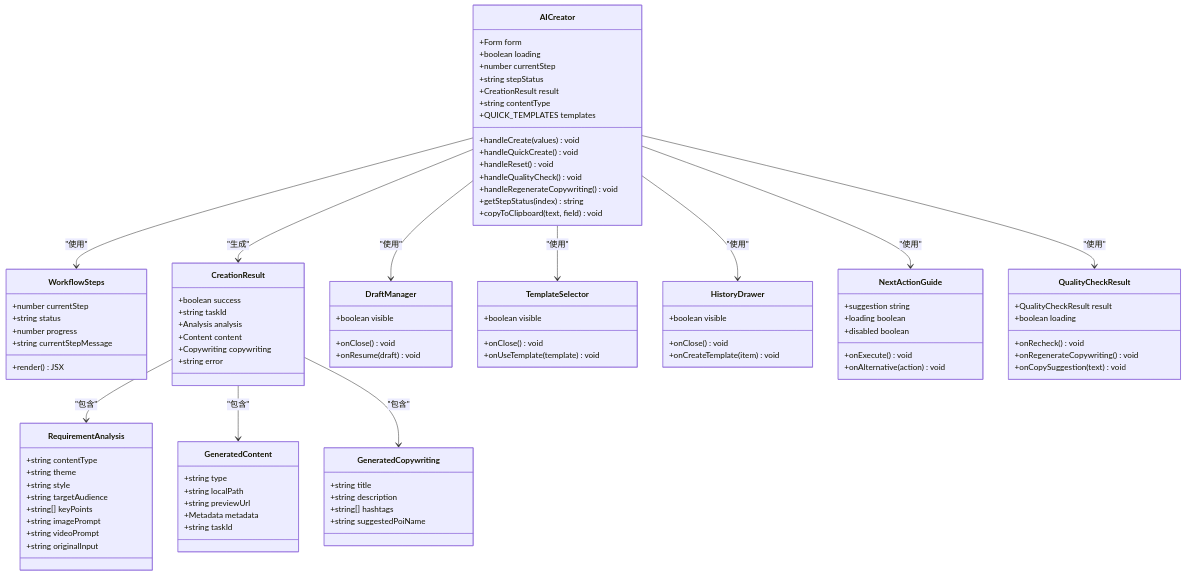
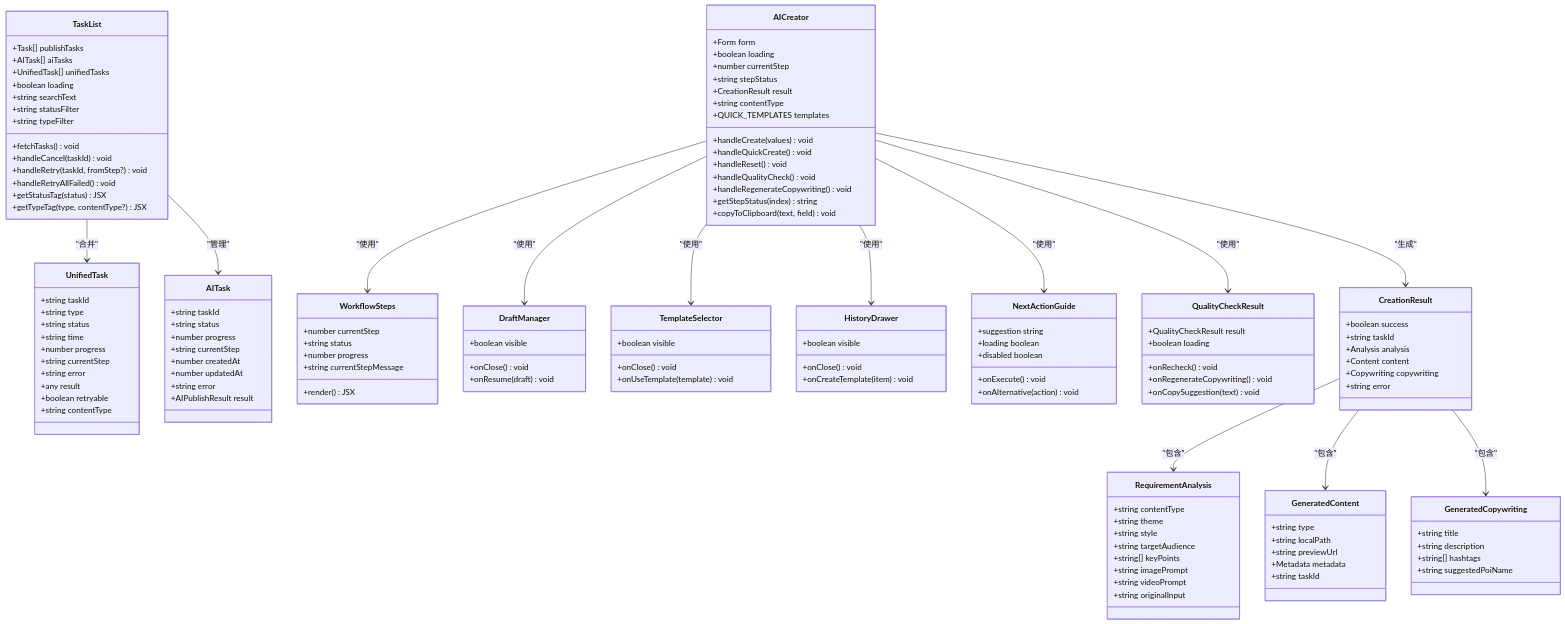
The third of 20 diagrams in .qoder/repowiki/zh/content/核心模块详解/Web界面系统/AI创作页面.md (songdiyang/clawOperations), drawn with Mermaid before and after one commit. The commit also changed other lines of this file and 10 other files, not shown here.

```diff
--- a/.qoder/repowiki/zh/content/核心模块详解/Web界面系统/AI创作页面.md
+++ b/.qoder/repowiki/zh/content/核心模块详解/Web界面系统/AI创作页面.md
@@ -176,12 +171,49 @@
 +getStepStatus(index) string
 +copyToClipboard(text, field) void
 }
+class TaskList {
++Task[] publishTasks
++AITask[] aiTasks
++UnifiedTask[] unifiedTasks
++boolean loading
++string searchText
++string statusFilter
++string typeFilter
++fetchTasks() void
++handleCancel(taskId) void
++handleRetry(taskId, fromStep?) void
++handleRetryAllFailed() void
++getStatusTag(status) JSX
++getTypeTag(type, contentType?) JSX
+}
 class WorkflowSteps {
 +number currentStep
 +string status
 +number progress
 +string currentStepMessage
 +render() JSX
+}
+class UnifiedTask {
++string taskId
++string type
++string status
++string time
++number progress
++string currentStep
++string error
++any result
++boolean retryable
++string contentType
+}
+class AITask {
++string taskId
++string status
++number progress
++string currentStep
++number createdAt
++number updatedAt
++string error
++AIPublishResult result
 }
 class CreationResult {
 +boolean success
@@ -250,6 +282,8 @@
 AICreator --> NextActionGuide : "使用"
 AICreator --> QualityCheckResult : "使用"
 AICreator --> CreationResult : "生成"
+TaskList --> UnifiedTask : "合并"
+TaskList --> AITask : "管理"
 CreationResult --> RequirementAnalysis : "包含"
 CreationResult --> GeneratedContent : "包含"
 CreationResult --> GeneratedCopywriting : "包含"
```
